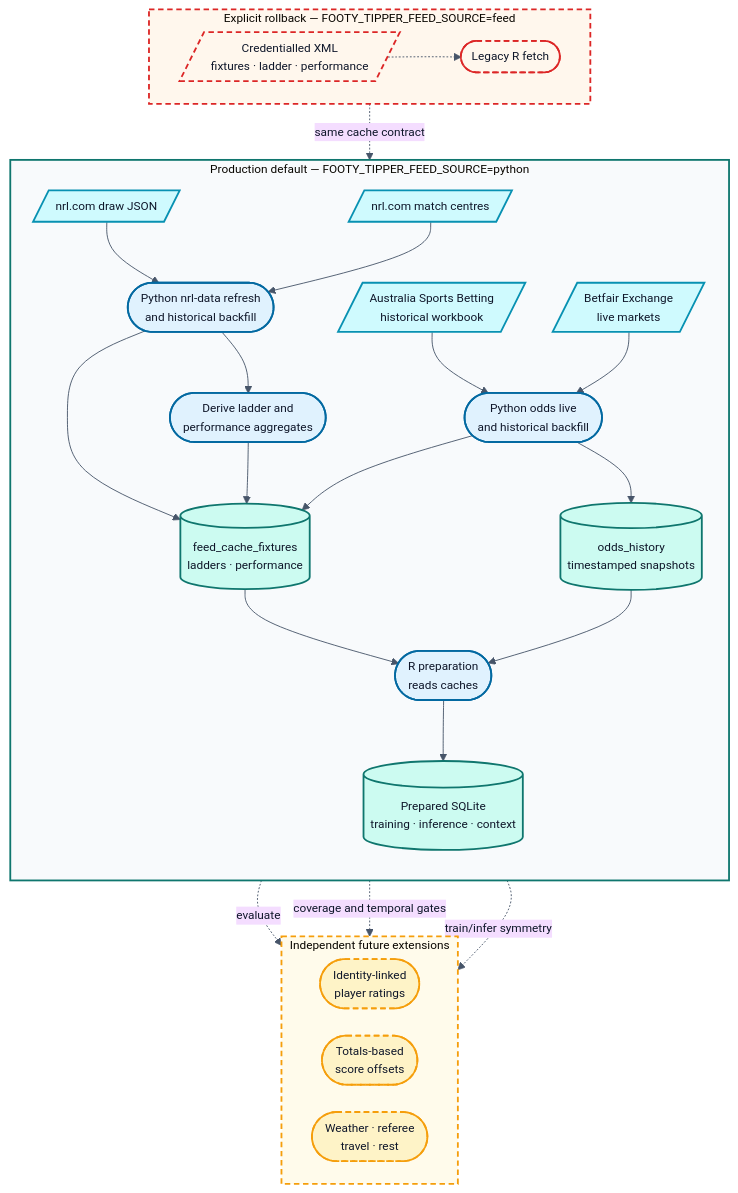
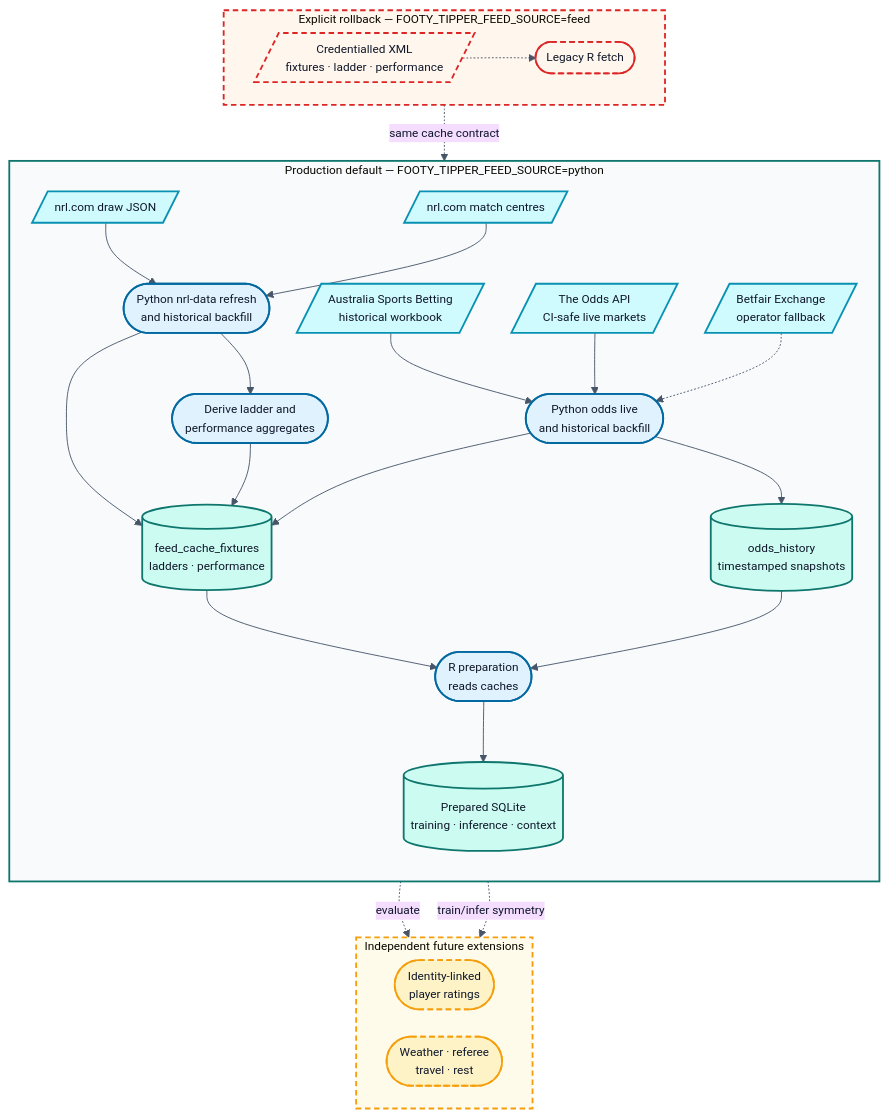
Before and after one commit to levonrush/footy-tipper: the diagram in docs/diagrams/feed-migration.mmd, drawn with Mermaid. The commit also changed 61 other files, not shown here.

```diff
--- a/docs/diagrams/feed-migration.mmd
+++ b/docs/diagrams/feed-migration.mmd
@@ -1,65 +1,65 @@
 %%{init: {"theme":"base","flowchart":{"curve":"basis","nodeSpacing":30,"rankSpacing":42},"themeVariables":{"fontFamily":"Inter, Arial, sans-serif","fontSize":"13px","primaryTextColor":"#0F172A","lineColor":"#475569","background":"transparent"}}}%%
 flowchart TB
   subgraph PROD[Production default — FOOTY_TIPPER_FEED_SOURCE=python]
     direction TB
     DRAW[/nrl.com draw JSON/]
     MATCH[/nrl.com match centres/]
     HIST[/Australia Sports Betting<br/>historical workbook/]
-    LIVE[/Betfair Exchange<br/>live markets/]
+    LIVE[/The Odds API<br/>CI-safe live markets/]
+    BETFAIR[/Betfair Exchange<br/>operator fallback/]
     PY([Python nrl-data refresh<br/>and historical backfill])
     DERIVE([Derive ladder and<br/>performance aggregates])
     ODDS([Python odds live<br/>and historical backfill])
     CACHE[(feed_cache_fixtures<br/>ladders · performance)]
     HISTORY[(odds_history<br/>timestamped snapshots)]
     RPREP([R preparation<br/>reads caches])
     TABLES[(Prepared SQLite<br/>training · inference · context)]
 
     DRAW --> PY
     MATCH --> PY
     PY --> DERIVE
     PY --> CACHE
     DERIVE --> CACHE
     HIST --> ODDS
     LIVE --> ODDS
+    BETFAIR -.-> ODDS
     ODDS --> HISTORY
     ODDS --> CACHE
     CACHE --> RPREP
     HISTORY --> RPREP
     RPREP --> TABLES
   end
 
   subgraph ROLLBACK[Explicit rollback — FOOTY_TIPPER_FEED_SOURCE=feed]
     direction LR
     XML[/Credentialled XML<br/>fixtures · ladder · performance/]
     RXML([Legacy R fetch])
     XML -.-> RXML
   end
 
   RXML -.->|same cache contract| CACHE
 
   subgraph FUTURE[Independent future extensions]
     direction LR
     PLAYER([Identity-linked<br/>player ratings])
-    TOTALS([Totals-based<br/>score offsets])
     CONTEXT([Weather · referee<br/>travel · rest])
   end
 
   MATCH -.->|evaluate| PLAYER
-  HISTORY -.->|coverage and temporal gates| TOTALS
   TABLES -.->|train/infer symmetry| CONTEXT
 
   classDef source fill:#CFFAFE,stroke:#0891B2,color:#0F172A,stroke-width:2px;
   classDef process fill:#E0F2FE,stroke:#0369A1,color:#0F172A,stroke-width:2px;
   classDef data fill:#CCFBF1,stroke:#0F766E,color:#0F172A,stroke-width:2px;
   classDef rollback fill:#FFF7ED,stroke:#DC2626,color:#0F172A,stroke-width:2px,stroke-dasharray:6 4;
   classDef future fill:#FEF3C7,stroke:#F59E0B,color:#0F172A,stroke-width:2px,stroke-dasharray:6 4;
 
-  class DRAW,MATCH,HIST,LIVE source;
+  class DRAW,MATCH,HIST,LIVE,BETFAIR source;
   class PY,DERIVE,ODDS,RPREP process;
   class CACHE,HISTORY,TABLES data;
   class XML,RXML rollback;
-  class PLAYER,TOTALS,CONTEXT future;
+  class PLAYER,CONTEXT future;
 
   style PROD fill:#F8FAFC,stroke:#0F766E,stroke-width:2px
   style ROLLBACK fill:#FFF7ED,stroke:#DC2626,stroke-width:2px,stroke-dasharray:6 4
   style FUTURE fill:#FFFBEB,stroke:#F59E0B,stroke-width:2px,stroke-dasharray:6 4
```
